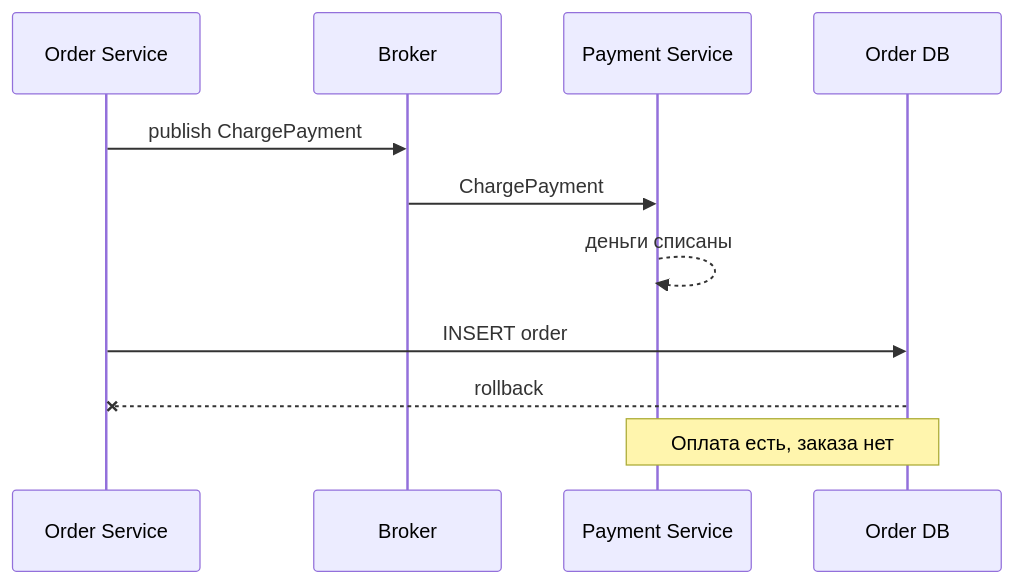
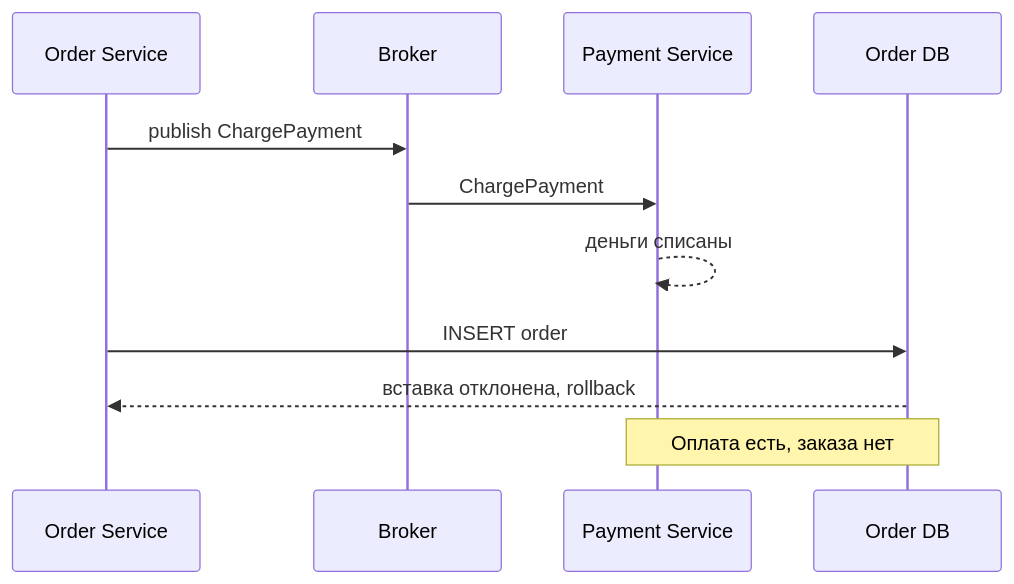
The fifth of 15 diagrams in content/lectures/Lec12/vitepress.md (Kert0n/KPO), drawn with Mermaid before and after one commit. The commit also changed other lines of this file, not shown here.

````diff
--- a/content/lectures/Lec12/vitepress.md
+++ b/content/lectures/Lec12/vitepress.md
@@ -280,14 +227,14 @@
 ```mermaid
 sequenceDiagram
     participant Order as Order Service
     participant Broker as Broker
     participant Payment as Payment Service
     participant DB as Order DB
 
     Order->>Broker: publish ChargePayment
     Broker->>Payment: ChargePayment
     Payment-->>Payment: деньги списаны
     Order->>DB: INSERT order
-    DB--xOrder: rollback
+    DB-->>Order: вставка отклонена, rollback
     Note over Payment,DB: Оплата есть, заказа нет
 ```
````
